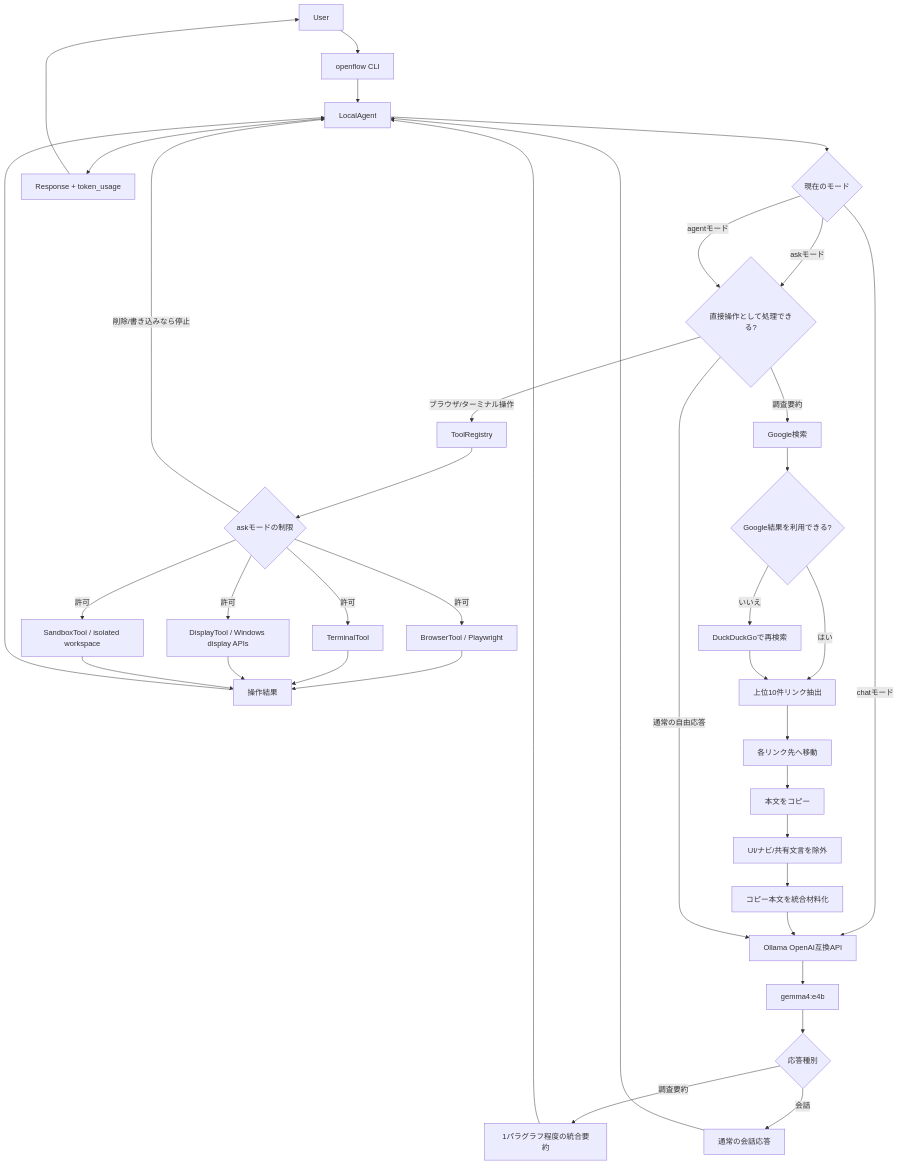
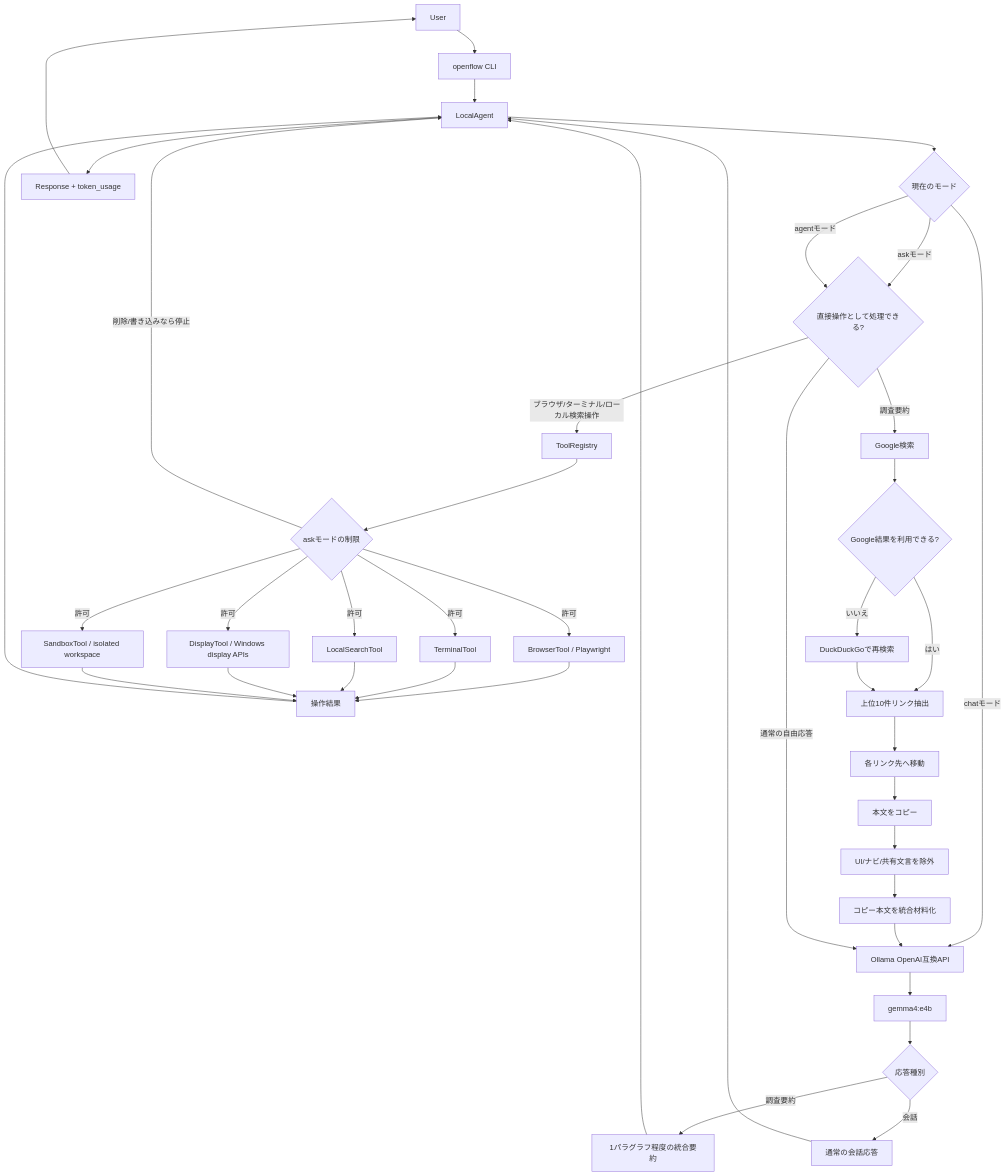
Before and after one commit to kazukiminemura/OpenFlow: the diagram in Readme.md, drawn with Mermaid. The commit also changed other lines of this file and 3 other files, not shown here.

Commit message:
Add local file search tool

````diff
--- a/Readme.md
+++ b/Readme.md
@@ -83,48 +85,51 @@
 ```mermaid
 flowchart TD
     U[User] --> CLI[openflow CLI]
     CLI --> A[LocalAgent]
 
     A --> MD{現在のモード}
     MD -->|chatモード| O[Ollama OpenAI互換API]
     MD -->|askモード| D{直接操作として処理できる?}
     MD -->|agentモード| D
-    D -->|ブラウザ/ターミナル操作| T[ToolRegistry]
+    D -->|ブラウザ/ターミナル/ローカル検索操作| T[ToolRegistry]
     T --> AR{askモードの制限}
     AR -->|削除/書き込みなら停止| A
     AR -->|許可| B
     AR -->|許可| S
+    AR -->|許可| LS
     AR -->|許可| DT
     AR -->|許可| SB
     B[BrowserTool / Playwright]
     S[TerminalTool]
+    LS[LocalSearchTool]
     DT[DisplayTool / Windows display APIs]
     SB[SandboxTool / isolated workspace]
     B --> R1[操作結果]
     S --> R1
+    LS --> R1
     DT --> R1
     SB --> R1
     R1 --> A
 
     D -->|調査要約| G[Google検索]
     G --> GF{Google結果を利用できる?}
     GF -->|はい| L[上位10件リンク抽出]
     GF -->|いいえ| DD[DuckDuckGoで再検索]
     DD --> L
 
     L --> P[各リンク先へ移動]
     P --> C[本文をコピー]
     C --> F[UI/ナビ/共有文言を除外]
     F --> M[コピー本文を統合材料化]
     M --> O
     O --> LLM[gemma4:e4b]
     LLM --> LR{応答種別}
     LR -->|調査要約| SUM[1パラグラフ程度の統合要約]
     SUM --> A
 
     D -->|通常の自由応答| O
     LR -->|会話| CHAT[通常の会話応答]
     CHAT --> A
     A --> OUT[Response + token_usage]
     OUT --> U
 ```
````
